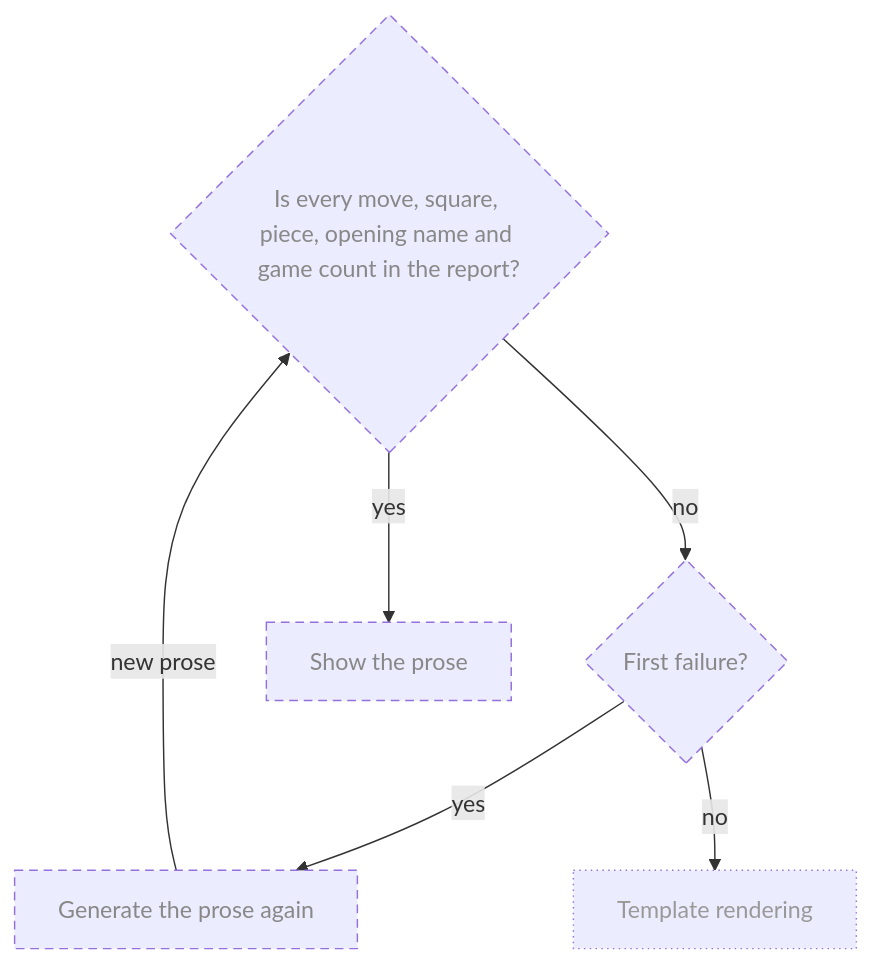
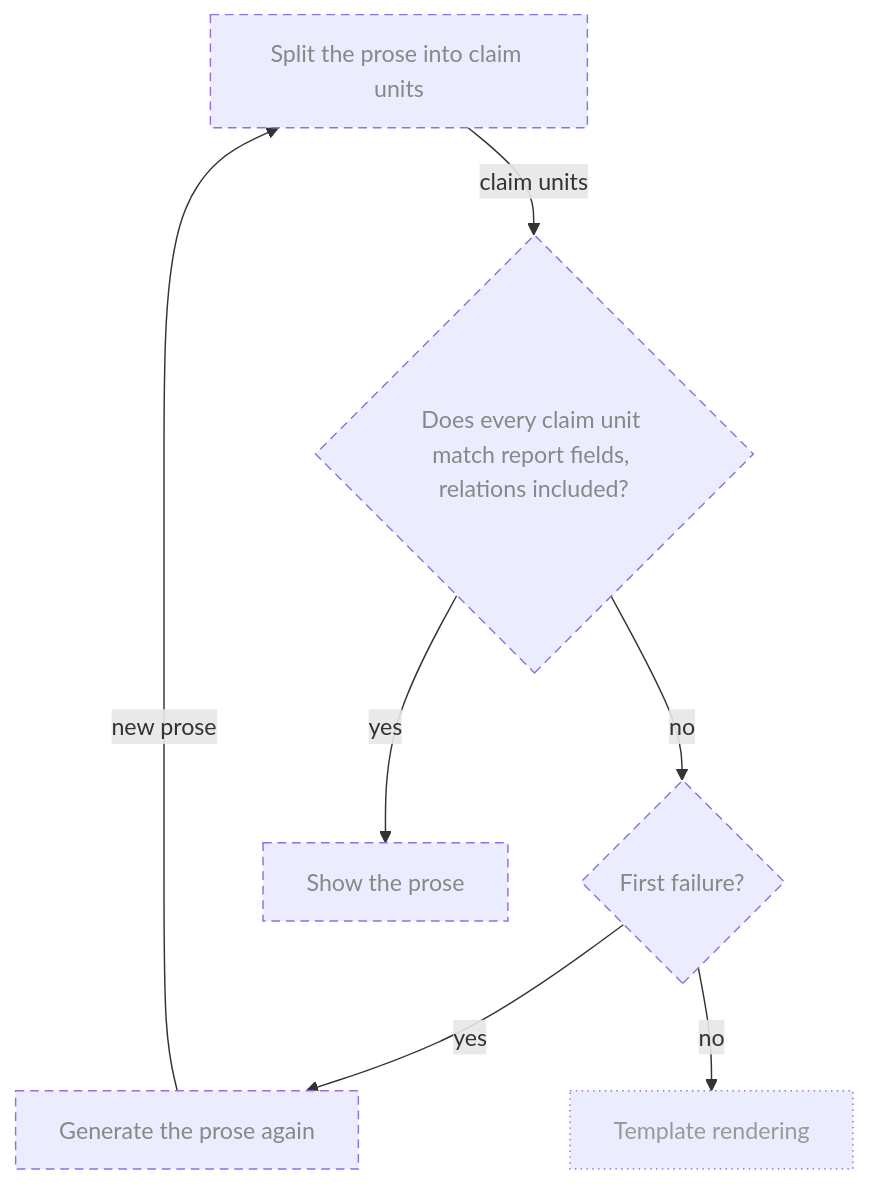
One commit to aurja/ChessWhy changed diagram 19 of 21 in Planning/DBC/CONCEPTS.md. Above: the diagram before and after it, drawn with Mermaid. The commit also changed other lines of this file and 5 other files, not shown here.

````diff
--- a/Planning/DBC/CONCEPTS.md
+++ b/Planning/DBC/CONCEPTS.md
@@ -769,18 +803,20 @@
 ```mermaid
 flowchart TD
-    FcSupported{"Is every move, square, piece, opening name and game count in the report?"}
+    FcClaims["Split the prose into claim units"]
+    FcSupported{"Does every claim unit match report fields, relations included?"}
     FcFirstFailure{"First failure?"}
     FcRegenerate["Generate the prose again"]
     FcPass["Show the prose"]
     TemplateRendering["Template rendering"]
+    FcClaims -->|claim units| FcSupported
     FcSupported -->|yes| FcPass
     FcSupported -->|no| FcFirstFailure
     FcFirstFailure -->|yes| FcRegenerate
-    FcRegenerate -->|new prose| FcSupported
+    FcRegenerate -->|new prose| FcClaims
     FcFirstFailure -->|no| TemplateRendering
     classDef planned stroke-dasharray:6 4,color:#888
     classDef partial stroke-dasharray:2 2
     classDef external stroke-dasharray:1 3,color:#999
     class TemplateRendering external
-    class FcSupported,FcFirstFailure,FcRegenerate,FcPass planned
+    class FcClaims,FcSupported,FcFirstFailure,FcRegenerate,FcPass planned
 ```
````
